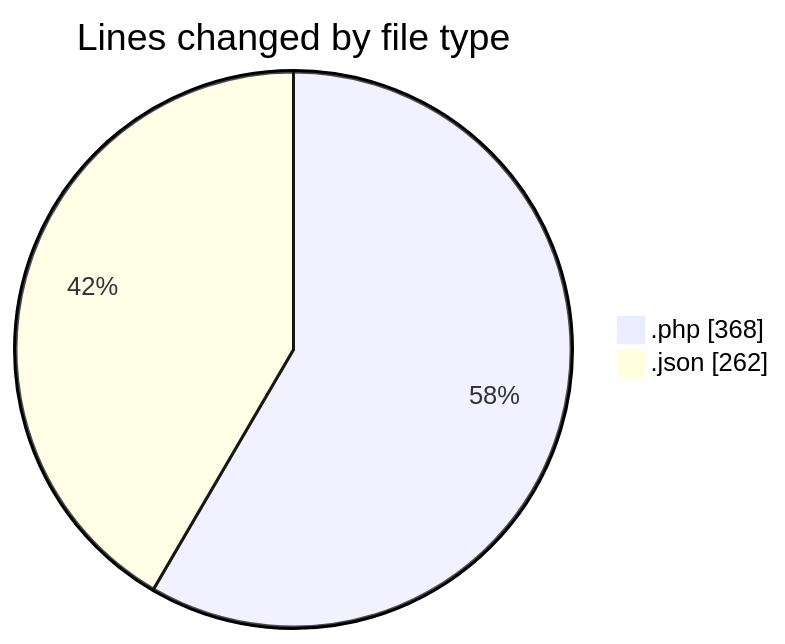
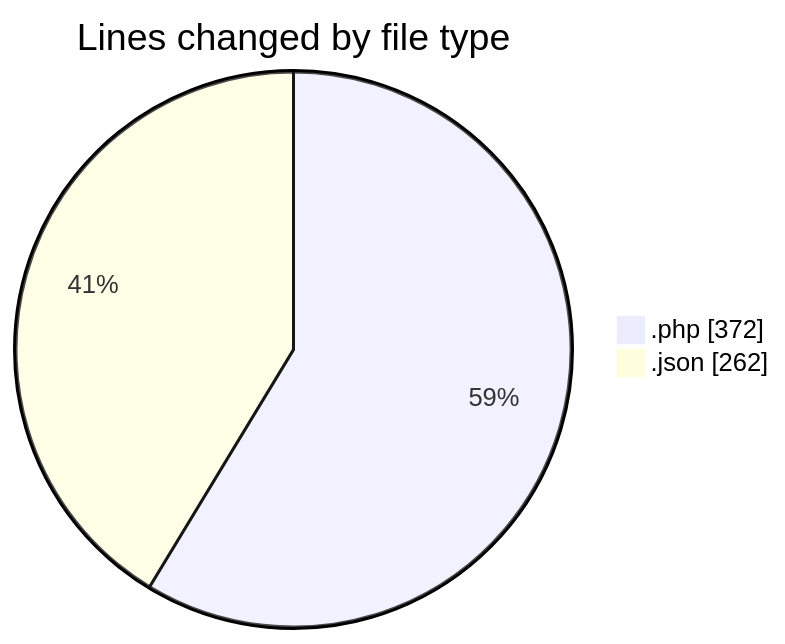
Before and after one commit to idhammustaqopulfikri/code-tracking: the first of 2 diagrams in 2025-11-01/futsal_rekomendasi/README.md, drawn with Mermaid. The commit also changed other lines of this file and 1 other file, not shown here.

````diff
--- a/2025-11-01/futsal_rekomendasi/README.md
+++ b/2025-11-01/futsal_rekomendasi/README.md
@@ -29,6 +29,6 @@
 ```mermaid
 pie showData
 title Lines changed by file type
-".php" : 368
+".php" : 372
 ".json" : 262
 ```
````
